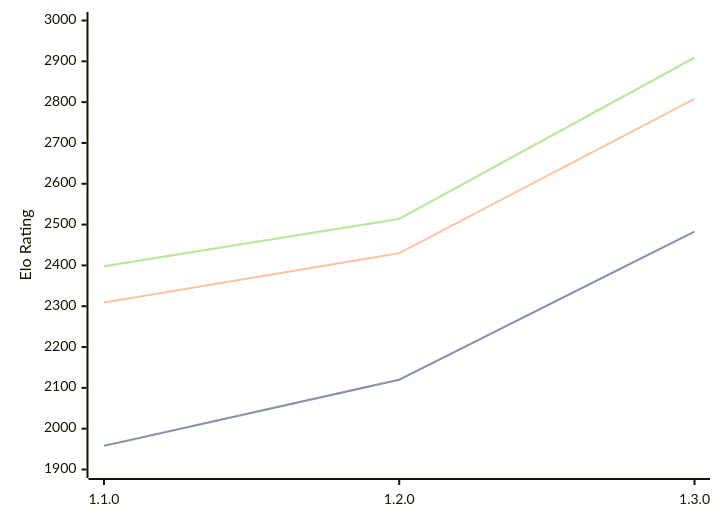
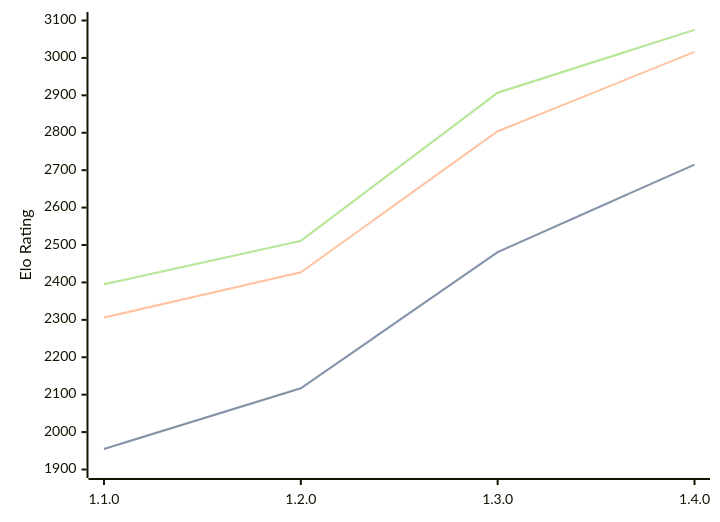
One commit to computer-chess-index/cci changed the diagram in engines/Gyatso.md. Above: the diagram before and after it, drawn with Mermaid. The commit also changed other lines of this file, not shown here.

Commit message:
Update CCI Ratings (ELO VLTC) - 2026-06-08

````diff
--- a/engines/Gyatso.md
+++ b/engines/Gyatso.md
@@ -35,11 +35,11 @@
 ```mermaid
 %%{init: {"theme":"base","themeVariables":{"seriesColors:['#a3a3a3','#222221','#faa371']}}}%%
 xychart-beta
-  x-axis ["1.1.0", "1.2.0", "1.3.0"]
-  y-axis "Elo Rating" 1900 --> 3000
-  line "STC (8.0+0.08s)" [1958, 2120, 2483]
-  line "STC (8.0+0.08s)" [1958, 2120, 2483]
-  line "LTC (60.0+0.60s)" [2309, 2430, 2808]
-  line "VLTC (2m24s+1.12s)" [2398, 2514, 2909]
-  line "VLTC (2m24s+1.12s)" [2398, 2514, 2909]
+  x-axis ["1.1.0", "1.2.0", "1.3.0", "1.4.0"]
+  y-axis "Elo Rating" 1900 --> 3100
+  line "STC (8.0+0.08s)" [1955, 2117, 2481, 2715]
+  line "STC (8.0+0.08s)" [1955, 2117, 2481, 2715]
+  line "LTC (60.0+0.60s)" [2306, 2427, 2804, 3016]
+  line "VLTC (2m24s+1.12s)" [2395, 2511, 2907, 3075]
+  line "VLTC (2m24s+1.12s)" [2395, 2511, 2907, 3075]
 ```
````
